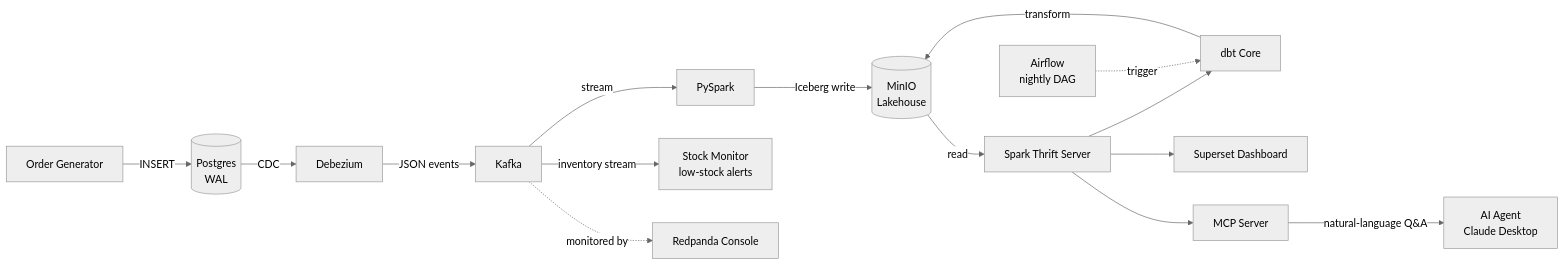
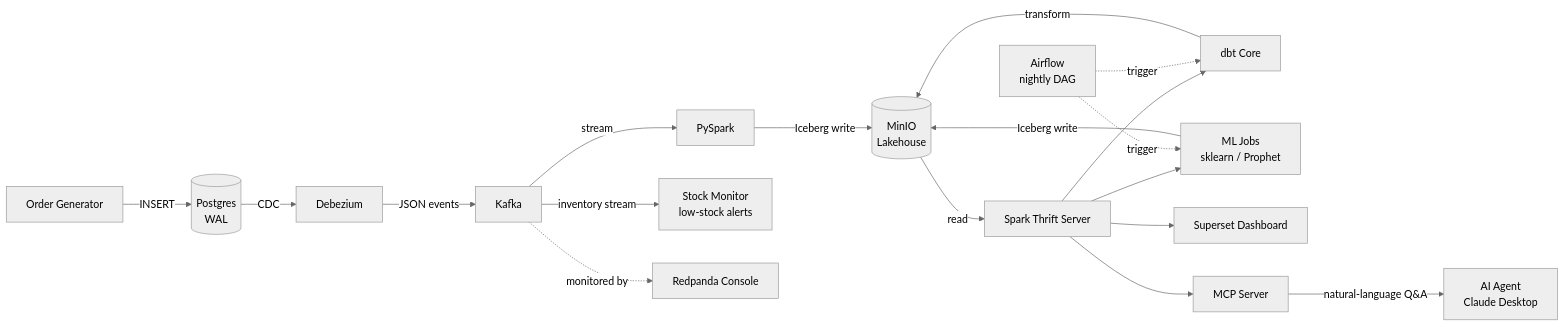
One commit to airdeniz/ecommerce-realtime-pipeline changed the first of 2 diagrams in README.md. Above: the diagram before and after it, drawn with Mermaid (neutral theme). The commit also changed other lines of this file and 20 other files, not shown here.

````diff
--- a/README.md
+++ b/README.md
@@ -23,18 +23,21 @@
 ```mermaid
 flowchart LR
     GEN[Order Generator] -->|INSERT| PG[(Postgres<br/>WAL)]
     PG -->|CDC| DBZ[Debezium]
     DBZ -->|JSON events| KAFKA[Kafka]
     KAFKA -->|stream| SPARK[PySpark]
     KAFKA -->|inventory stream| STOCK[Stock Monitor<br/>low-stock alerts]
     SPARK -->|Iceberg write| MINIO[(MinIO<br/>Lakehouse)]
     MINIO -->|read| THRIFT[Spark Thrift Server]
     THRIFT --> DBT[dbt Core]
     DBT -->|transform| MINIO
     AIRFLOW[Airflow<br/>nightly DAG] -.->|trigger| DBT
+    THRIFT --> MLJOBS[ML Jobs<br/>sklearn / Prophet]
+    MLJOBS -->|Iceberg write| MINIO
+    AIRFLOW -.->|trigger| MLJOBS
     THRIFT --> SUPERSET[Superset Dashboard]
     THRIFT --> MCP[MCP Server]
     MCP -->|natural-language Q&A| AGENT[AI Agent<br/>Claude Desktop]
     CONSOLE[Redpanda Console]
     KAFKA -.->|monitored by| CONSOLE
 ```
````
